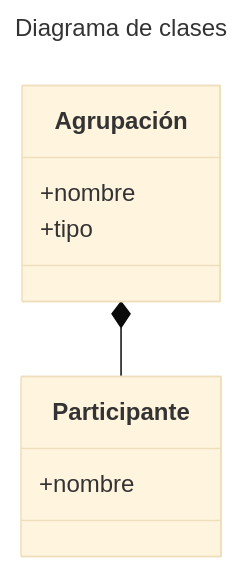
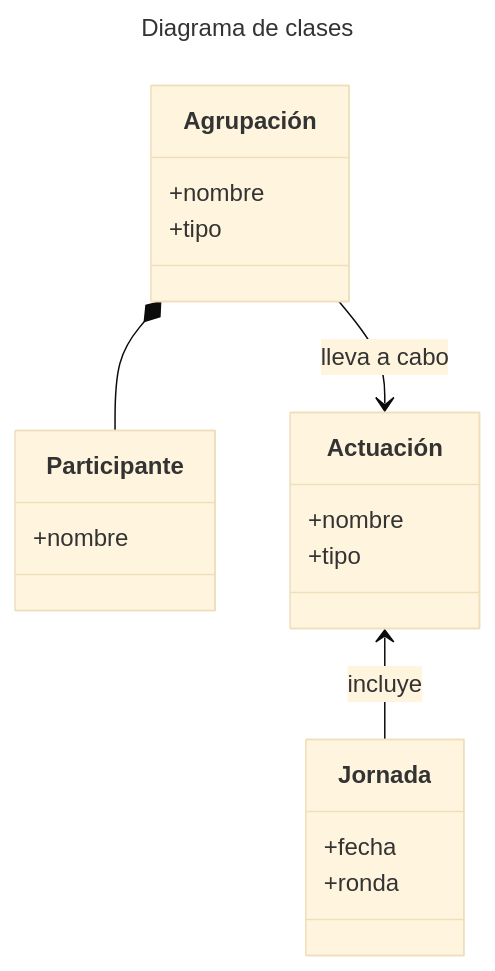
Before and after one commit to Lr2314/iw2026-2027-carnaval: the diagram in docs/requisitos.md, drawn with Mermaid (base theme).

Commit message:
Añadir actuación y jornada

````diff
--- a/docs/requisitos.md
+++ b/docs/requisitos.md
@@ -2,14 +2,24 @@
 ```mermaid
 ---
 title: Diagrama de clases
 ---
 classDiagram
     Agrupación *-- Participante
+    Agrupación --> Actuación : lleva a cabo
+    Actuación <-- Jornada : incluye
     class Agrupación{
         +nombre
         +tipo
     }
     class Participante {
         +nombre
     }
+    class Actuación {
+        +nombre
+        +tipo
+    }
+    class Jornada {
+        +fecha
+        +ronda
+    }
 ```
````
